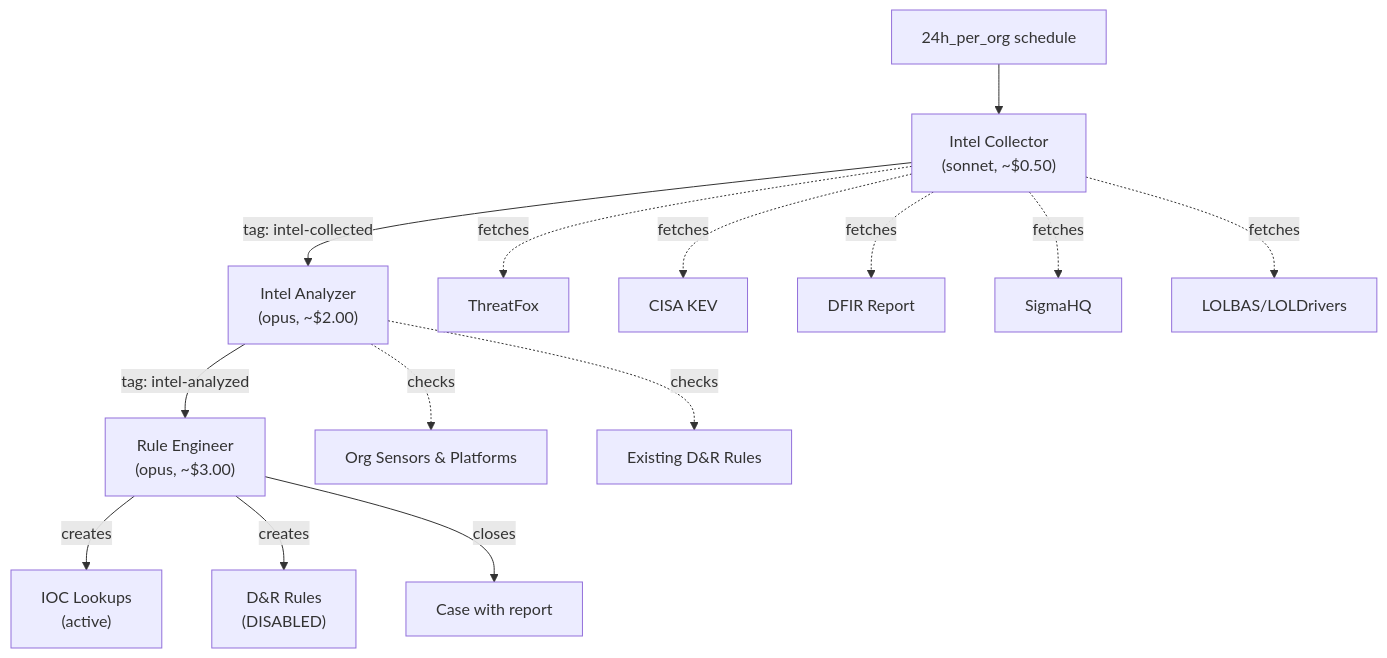
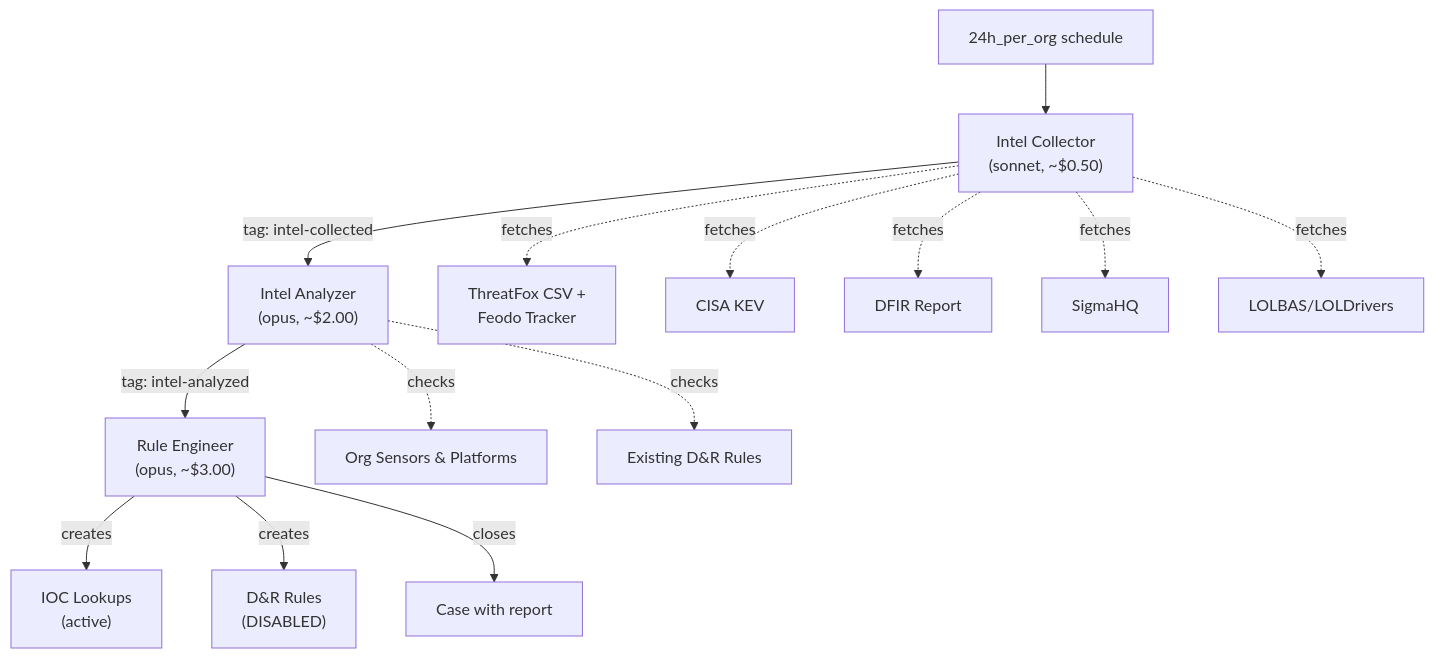
The diagram in lc-soc/intel-soc/README.md (refractionPOINT/lc-ai), drawn with Mermaid before and after one commit. The commit also changed other lines of this file and 2 other files, not shown here.

First line of the commit message:
Fix collector based on live source testing

````diff
--- a/lc-soc/intel-soc/README.md
+++ b/lc-soc/intel-soc/README.md
@@ -7,19 +7,19 @@
 ```mermaid
 flowchart TD
     sched["24h_per_org schedule"] --> collector["Intel Collector<br/>(sonnet, ~$0.50)"]
     collector -->|"tag: intel-collected"| analyzer["Intel Analyzer<br/>(opus, ~$2.00)"]
     analyzer -->|"tag: intel-analyzed"| engineer["Rule Engineer<br/>(opus, ~$3.00)"]
 
-    collector -.->|fetches| tf["ThreatFox"]
+    collector -.->|fetches| tf["ThreatFox CSV +<br/>Feodo Tracker"]
     collector -.->|fetches| kev["CISA KEV"]
     collector -.->|fetches| dfir["DFIR Report"]
     collector -.->|fetches| sigma["SigmaHQ"]
     collector -.->|fetches| lol["LOLBAS/LOLDrivers"]
 
     analyzer -.->|checks| sensors["Org Sensors & Platforms"]
     analyzer -.->|checks| existing["Existing D&R Rules"]
 
     engineer -->|creates| lookups["IOC Lookups<br/>(active)"]
     engineer -->|creates| rules["D&R Rules<br/>(DISABLED)"]
     engineer -->|closes| case["Case with report"]
 ```
````
